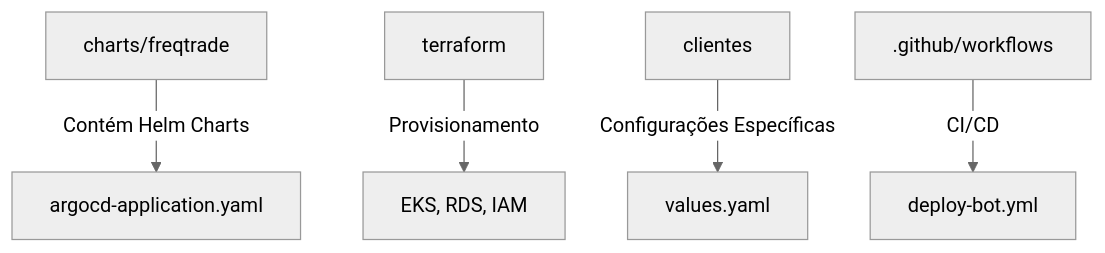
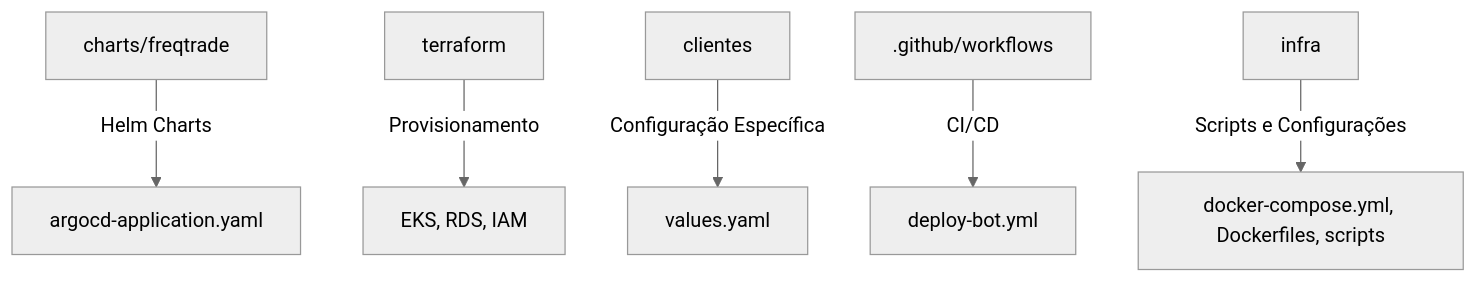
Before and after one commit to govinda777/bot_freqtrade_strategies: the second of 2 diagrams in infra/README.md, drawn with Mermaid (neutral theme). The commit also changed other lines of this file and 1 other file, not shown here.

````diff
--- a/infra/README.md
+++ b/infra/README.md
@@ -26,7 +39,8 @@
 ```mermaid
 graph TD
-    A[charts/freqtrade] -->|Contém Helm Charts| B[argocd-application.yaml]
+    A[charts/freqtrade] -->|Helm Charts| B[argocd-application.yaml]
     C[terraform] -->|Provisionamento| D[EKS, RDS, IAM]
-    E[clientes] -->|Configurações Específicas| F[values.yaml]
+    E[clientes] -->|Configuração Específica| F[values.yaml]
     G[.github/workflows] -->|CI/CD| H[deploy-bot.yml]
+    I[infra] -->|Scripts e Configurações| J[docker-compose.yml, Dockerfiles, scripts]
 ```
````
